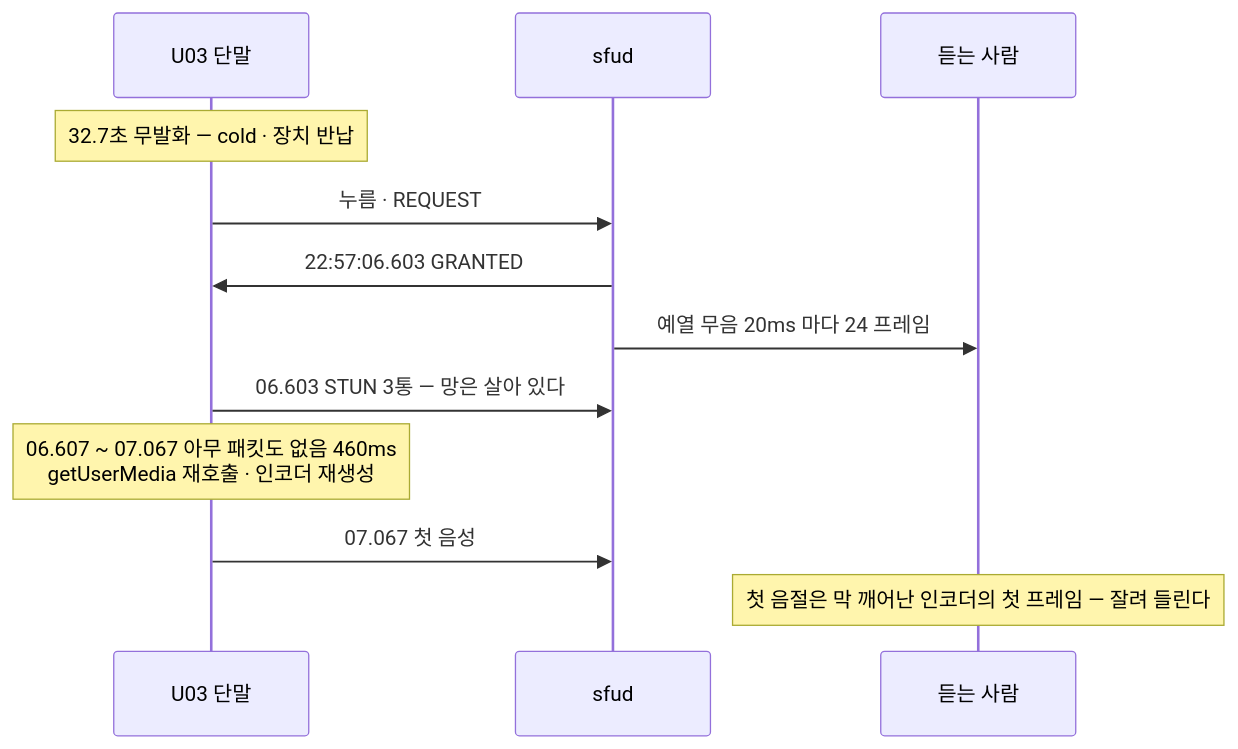
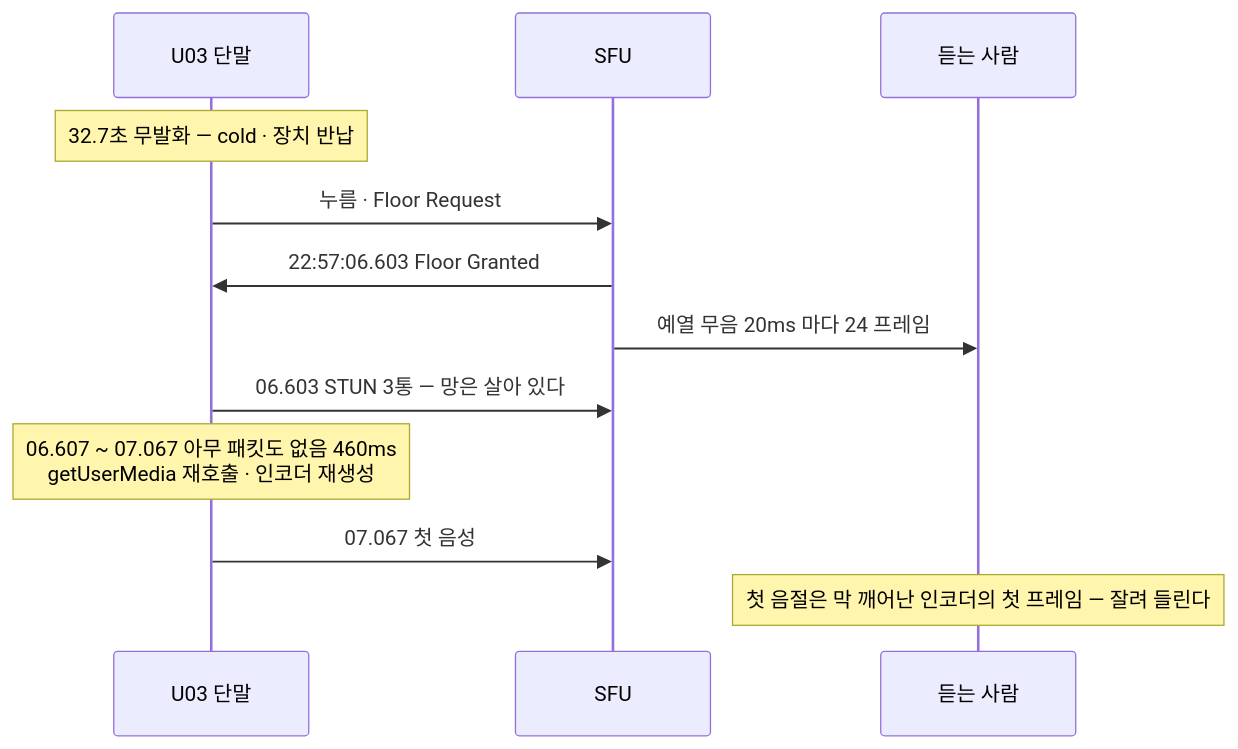
The fourth of 4 diagrams in docs/learn/09_MIC_COST.md (kodeholic9/oxlens-sfu), drawn with Mermaid before and after one commit. The commit also changed other lines of this file and 19 other files, not shown here.

````diff
--- a/docs/learn/09_MIC_COST.md
+++ b/docs/learn/09_MIC_COST.md
@@ -132,14 +145,14 @@
 ```mermaid
 sequenceDiagram
   participant U as U03 단말
-  participant S as sfud
+  participant S as SFU
   participant L as 듣는 사람
   Note over U: 32.7초 무발화 — cold · 장치 반납
-  U->>S: 누름 · REQUEST
-  S->>U: 22:57:06.603 GRANTED
+  U->>S: 누름 · Floor Request
+  S->>U: 22:57:06.603 Floor Granted
   S->>L: 예열 무음 20ms 마다 24 프레임
   U->>S: 06.603 STUN 3통 — 망은 살아 있다
   Note over U: 06.607 ~ 07.067 아무 패킷도 없음 460ms<br/>getUserMedia 재호출 · 인코더 재생성
   U->>S: 07.067 첫 음성
   Note over L: 첫 음절은 막 깨어난 인코더의 첫 프레임 — 잘려 들린다
 ```
````
